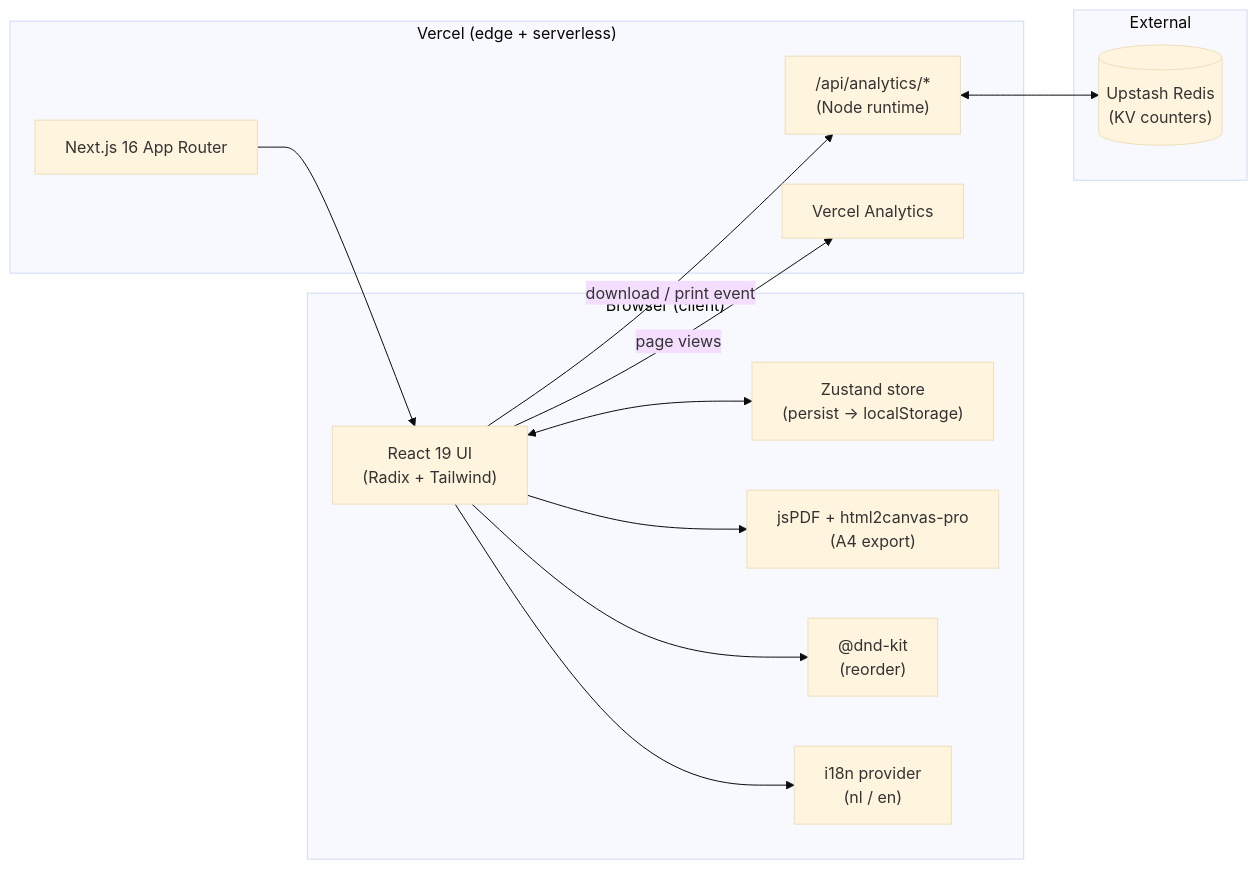
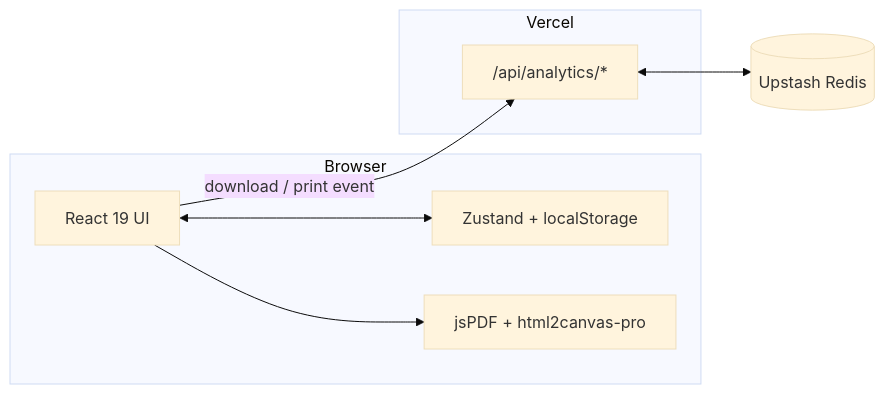
Before and after one commit to EuvhenRight/CV-maker: the diagram in README.md, drawn with Mermaid (base theme). The commit also changed other lines of this file, not shown here.

````diff
--- a/README.md
+++ b/README.md
@@ -132,29 +74,17 @@
 ```mermaid
 flowchart LR
-    subgraph Browser["Browser (client)"]
-        UI["React 19 UI<br/>(Radix + Tailwind)"]
-        Store["Zustand store<br/>(persist → localStorage)"]
-        PDF["jsPDF + html2canvas-pro<br/>(A4 export)"]
-        DnD["@dnd-kit<br/>(reorder)"]
-        i18n["i18n provider<br/>(nl / en)"]
+    subgraph Browser
+        UI["React 19 UI"]
+        Store["Zustand + localStorage"]
+        PDF["jsPDF + html2canvas-pro"]
     end
-
-    subgraph Vercel["Vercel (edge + serverless)"]
-        Next["Next.js 16 App Router"]
-        API["/api/analytics/*<br/>(Node runtime)"]
-        VA["Vercel Analytics"]
+    subgraph Vercel
+        API["/api/analytics/*"]
     end
-
-    subgraph External["External"]
-        Redis[("Upstash Redis<br/>(KV counters)")]
-    end
+    Redis[("Upstash Redis")]
 
     UI <--> Store
     UI --> PDF
-    UI --> DnD
-    UI --> i18n
     UI -->|"download / print event"| API
-    UI -->|"page views"| VA
-    Next --> UI
     API <--> Redis
 ```
````
